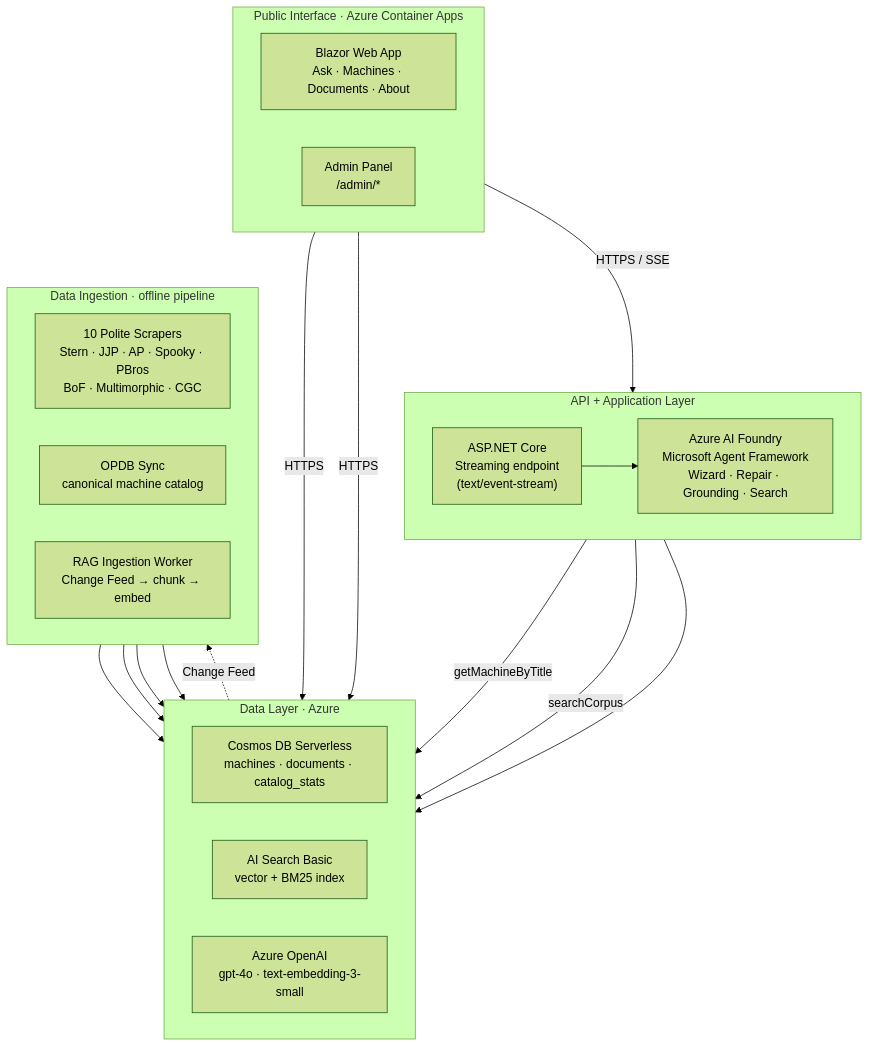
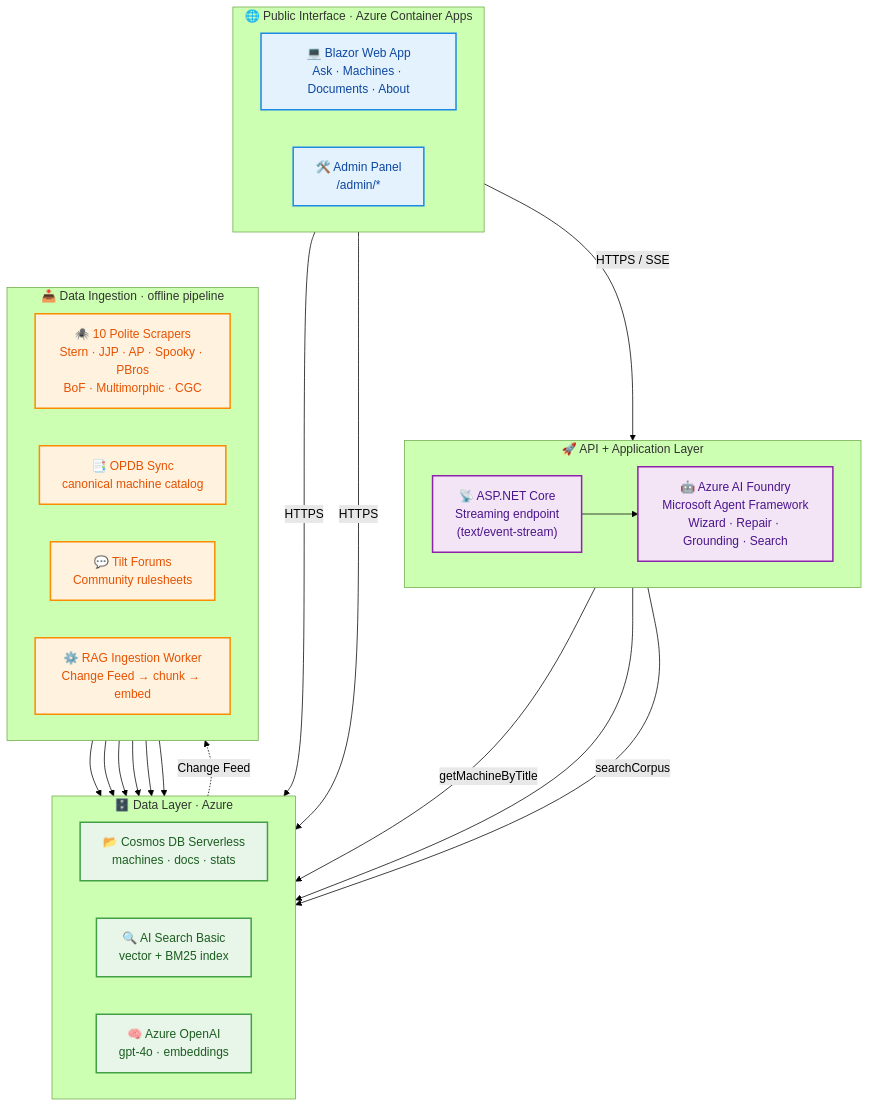
One commit to Early-Bird-Solutions-LLC/PinballWizard changed the diagram in docs/diagrams/about-architecture.mmd. Above: the diagram before and after it, drawn with Mermaid (forest theme). The commit also changed other lines of this file and 2 other files, not shown here.

Commit message:
Revamp /about page diagram and content with premium styles and Tilt Forums integration

```diff
--- a/docs/diagrams/about-architecture.mmd
+++ b/docs/diagrams/about-architecture.mmd
@@ -1,55 +1,68 @@
 %% Architecture diagram for the /about page — SOURCE OF TRUTH.
 
 %% The page serves a pre-rendered SVG (src/PinballWizard.Web/wwwroot/img/
 %% about-architecture.svg), not a client-side Mermaid render — see the
 %% 2026-06-11 decision-log entry "Pre-rendered SVG replaces client-side
 %% Mermaid". PreRenderedDiagramTests pins SVG <-> source agreement via the
 %% SHA-256 of this file embedded as a comment in the SVG.
 
 %% Regenerate after editing (from repo root; needs node + a chromium):
 %%   npx -y @mermaid-js/mermaid-cli -i docs/diagrams/about-architecture.mmd \
 %%     -o src/PinballWizard.Web/wwwroot/img/about-architecture.svg \
 %%     -t neutral -b transparent
 %% then refresh the sha256 comment on the SVG's second line:
 %%   <!-- source: docs/diagrams/about-architecture.mmd sha256:<HASH> -->
 %% where <HASH> = lowercase hex SHA-256 of this file's bytes (LF endings).
 %% The failing test prints the expected value.
 graph TD
-    subgraph FE["Public Interface  ·  Azure Container Apps"]
+    subgraph FE["🌐 Public Interface  ·  Azure Container Apps"]
         direction LR
-        PUB["Blazor Web App\nAsk · Machines · Documents · About"]
-        ADM["Admin Panel\n/admin/*"]
+        PUB["💻 Blazor Web App\nAsk · Machines · Documents · About"]
+        ADM["🛠️ Admin Panel\n/admin/*"]
     end
 
-    subgraph APIAPP["API + Application Layer"]
+    subgraph APIAPP["🚀 API + Application Layer"]
         direction LR
-        SSE["ASP.NET Core\nStreaming endpoint\n(text/event-stream)"]
-        FOUNDRY["Azure AI Foundry\nMicrosoft Agent Framework\nWizard · Repair · Grounding · Search"]
+        SSE["📡 ASP.NET Core\nStreaming endpoint\n(text/event-stream)"]
+        FOUNDRY["🤖 Azure AI Foundry\nMicrosoft Agent Framework\nWizard · Repair · Grounding · Search"]
     end
 
-    subgraph DATA["Data Layer  ·  Azure"]
+    subgraph DATA["🗄️ Data Layer  ·  Azure"]
         direction LR
-        COS["Cosmos DB Serverless\nmachines · documents · catalog_stats"]
-        SRCH["AI Search Basic\nvector + BM25 index"]
-        OAI["Azure OpenAI\ngpt-4o · text-embedding-3-small"]
+        COS["📂 Cosmos DB Serverless\nmachines · docs · stats"]
+        SRCH["🔍 AI Search Basic\nvector + BM25 index"]
+        OAI["🧠 Azure OpenAI\ngpt-4o · embeddings"]
     end
 
-    subgraph INGEST["Data Ingestion  ·  offline pipeline"]
+    subgraph INGEST["📥 Data Ingestion  ·  offline pipeline"]
         direction LR
-        SC["10 Polite Scrapers\nStern · JJP · AP · Spooky · PBros\nBoF · Multimorphic · CGC"]
-        OPDB["OPDB Sync\ncanonical machine catalog"]
-        RAG["RAG Ingestion Worker\nChange Feed → chunk → embed"]
+        SC["🕷️ 10 Polite Scrapers\nStern · JJP · AP · Spooky · PBros\nBoF · Multimorphic · CGC"]
+        OPDB["📑 OPDB Sync\ncanonical machine catalog"]
+        TILT["💬 Tilt Forums\nCommunity rulesheets"]
+        RAG["⚙️ RAG Ingestion Worker\nChange Feed → chunk → embed"]
     end
 
     PUB -->|"HTTPS / SSE"| SSE
     PUB -->|"HTTPS"| COS
     ADM -->|"HTTPS"| COS
     SSE --> FOUNDRY
     FOUNDRY -->|"getMachineByTitle"| COS
     FOUNDRY -->|"searchCorpus"| SRCH
     FOUNDRY --> OAI
     SC --> COS
     OPDB --> COS
+    TILT --> SRCH
+    TILT --> OAI
     COS -.->|"Change Feed"| RAG
     RAG --> SRCH
     RAG --> OAI
+
+    classDef fe fill:#e3f2fd,stroke:#1e88e5,stroke-width:2px,color:#0d47a1;
+    classDef api fill:#f3e5f5,stroke:#8e24aa,stroke-width:2px,color:#4a148c;
+    classDef data fill:#e8f5e9,stroke:#43a047,stroke-width:2px,color:#1b5e20;
+    classDef ingest fill:#fff3e0,stroke:#fb8c00,stroke-width:2px,color:#e65100;
+    
+    class PUB,ADM fe;
+    class SSE,FOUNDRY api;
+    class COS,SRCH,OAI data;
+    class SC,OPDB,TILT,RAG ingest;
```
